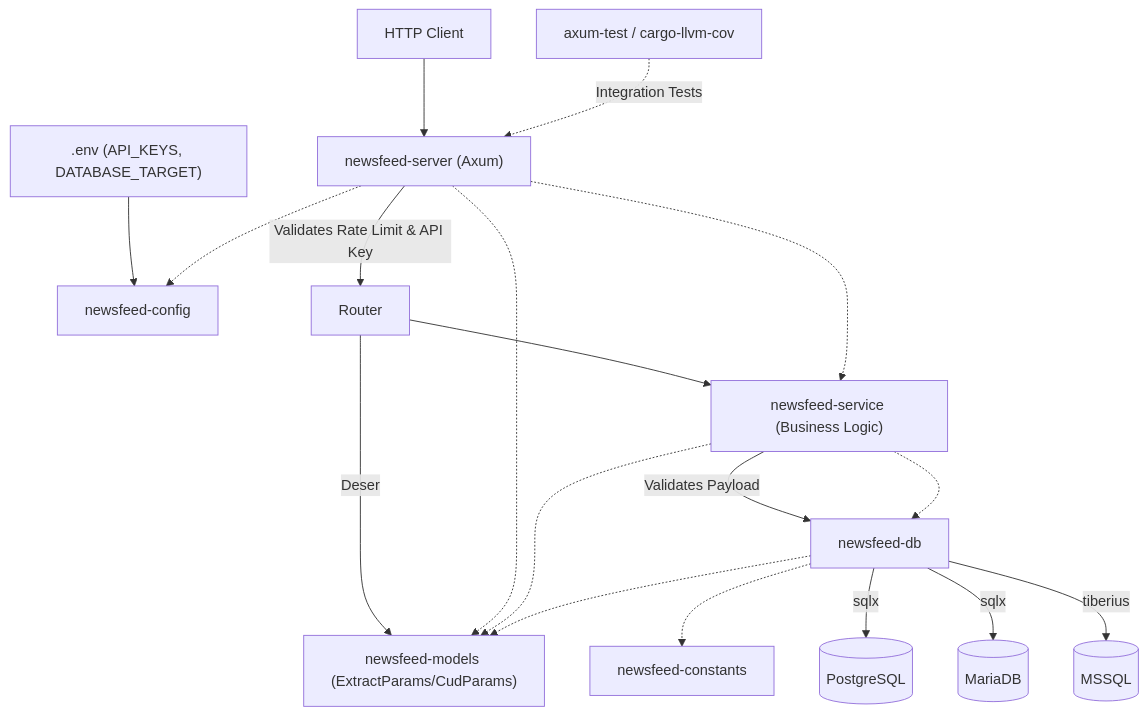
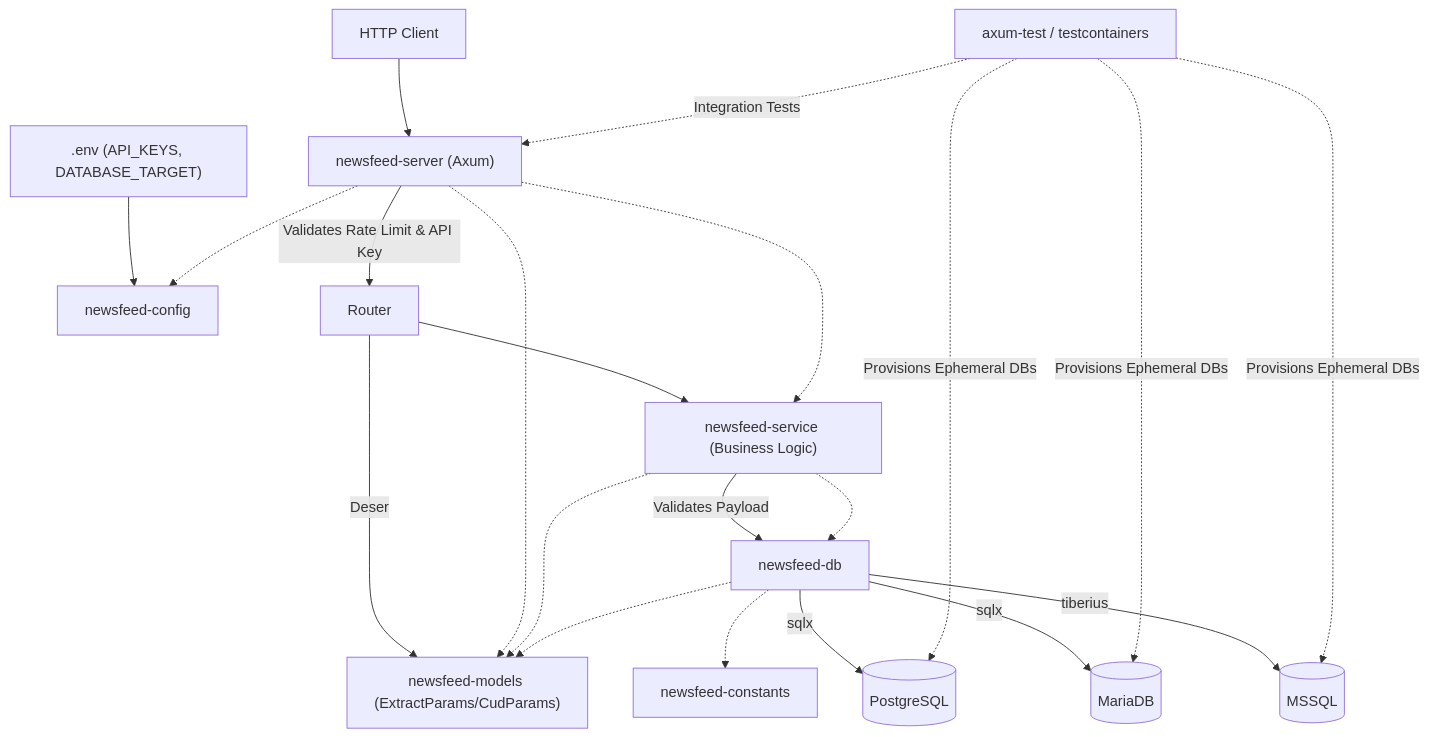
One commit to Cuates/webservicerust changed the diagram in KNOWLEDGE_GRAPH.md. Above: the diagram before and after it, drawn with Mermaid. The commit also changed other lines of this file and 56 other files, not shown here.

````diff
--- a/KNOWLEDGE_GRAPH.md
+++ b/KNOWLEDGE_GRAPH.md
@@ -3,29 +3,32 @@
 ```mermaid
 graph TD
     %% Core Inputs
     ENV[".env (API_KEYS, DATABASE_TARGET)"] --> Config[newsfeed-config]
     Client[HTTP Client] --> Server["newsfeed-server (Axum)"]
     
     %% Request Flow
     Server --> |Validates Rate Limit & API Key| Router
     Router --> |Deser| Models["newsfeed-models (ExtractParams/CudParams)"]
     Router --> Service["newsfeed-service (Business Logic)"]
     Service --> |Validates Payload| DB[newsfeed-db]
     
     %% Dependency Arrows (Crate Level)
     Server -.-> Service
     Server -.-> Config
     Server -.-> Models
     Service -.-> DB
     Service -.-> Models
     DB -.-> Models
     DB -.-> Constants[newsfeed-constants]
     
     %% DB Engines
     DB --> |sqlx| Postgres[(PostgreSQL)]
     DB --> |sqlx| MariaDB[(MariaDB)]
     DB --> |tiberius| MSSQL[(MSSQL)]
     
     %% Testing
-    TestSuite[axum-test / cargo-llvm-cov] -.-> |Integration Tests| Server
+    TestSuite[axum-test / testcontainers] -.-> |Integration Tests| Server
+    TestSuite -.-> |Provisions Ephemeral DBs| Postgres
+    TestSuite -.-> |Provisions Ephemeral DBs| MariaDB
+    TestSuite -.-> |Provisions Ephemeral DBs| MSSQL
 ```
````
